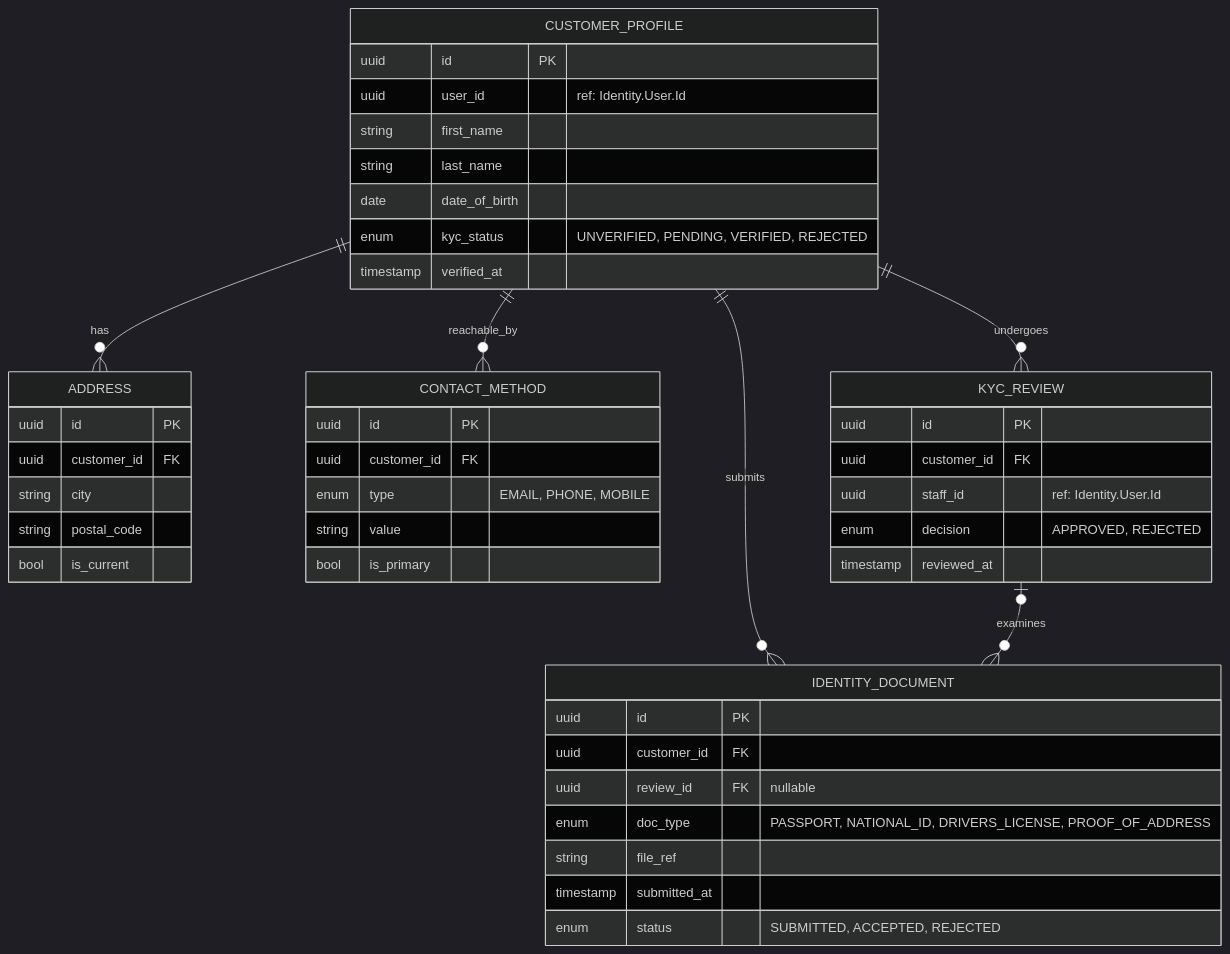
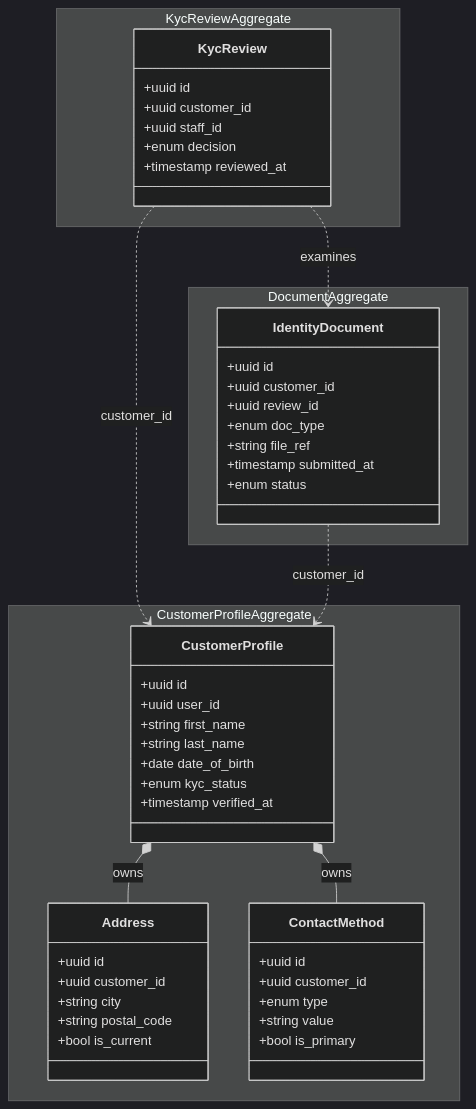
The diagram in docs/db-diagram.md (amraze/vault), drawn with Mermaid (dark theme) before and after one commit. The commit also changed other lines of this file and 4 other files, not shown here.

````diff
--- a/docs/db-diagram.md
+++ b/docs/db-diagram.md
@@ -5,48 +3,56 @@
 ```mermaid
-erDiagram
-  CUSTOMER_PROFILE ||--o{ ADDRESS : has
-  CUSTOMER_PROFILE ||--o{ CONTACT_METHOD : reachable_by
-  CUSTOMER_PROFILE ||--o{ IDENTITY_DOCUMENT : submits
-  CUSTOMER_PROFILE ||--o{ KYC_REVIEW : undergoes
-  KYC_REVIEW |o--o{ IDENTITY_DOCUMENT : examines
-  CUSTOMER_PROFILE {
-    uuid id PK
-    uuid user_id "ref: Identity.User.Id"
-    string first_name
-    string last_name
-    date date_of_birth
-    enum kyc_status "UNVERIFIED, PENDING, VERIFIED, REJECTED"
-    timestamp verified_at
-  }
-  ADDRESS {
-    uuid id PK
-    uuid customer_id FK
-    string city
-    string postal_code
-    bool is_current
-  }
-  CONTACT_METHOD {
-    uuid id PK
-    uuid customer_id FK
-    enum type "EMAIL, PHONE, MOBILE"
-    string value
-    bool is_primary
-  }
-  IDENTITY_DOCUMENT {
-    uuid id PK
-    uuid customer_id FK
-    uuid review_id FK "nullable"
-    enum doc_type "PASSPORT, NATIONAL_ID, DRIVERS_LICENSE, PROOF_OF_ADDRESS"
-    string file_ref
-    timestamp submitted_at
-    enum status "SUBMITTED, ACCEPTED, REJECTED"
-  }
-  KYC_REVIEW {
-    uuid id PK
-    uuid customer_id FK
-    uuid staff_id "ref: Identity.User.Id"
-    enum decision "APPROVED, REJECTED"
-    timestamp reviewed_at
+classDiagram
+  namespace CustomerProfileAggregate {
+    class CustomerProfile {
+      +uuid id
+      +uuid user_id
+      +string first_name
+      +string last_name
+      +date date_of_birth
+      +enum kyc_status
+      +timestamp verified_at
+    }
+    class Address {
+      +uuid id
+      +uuid customer_id
+      +string city
+      +string postal_code
+      +bool is_current
+    }
+    class ContactMethod {
+      +uuid id
+      +uuid customer_id
+      +enum type
+      +string value
+      +bool is_primary
+    }
   }
 
+  namespace KycReviewAggregate {
+    class KycReview {
+      +uuid id
+      +uuid customer_id
+      +uuid staff_id
+      +enum decision
+      +timestamp reviewed_at
+    }
+  }
+
+  namespace DocumentAggregate {
+    class IdentityDocument {
+      +uuid id
+      +uuid customer_id
+      +uuid review_id
+      +enum doc_type
+      +string file_ref
+      +timestamp submitted_at
+      +enum status
+    }
+  }
+
+  CustomerProfile *-- Address : owns
+  CustomerProfile *-- ContactMethod : owns
+  KycReview ..> CustomerProfile : customer_id
+  KycReview ..> IdentityDocument : examines
+  IdentityDocument ..> CustomerProfile : customer_id
 ```
````
